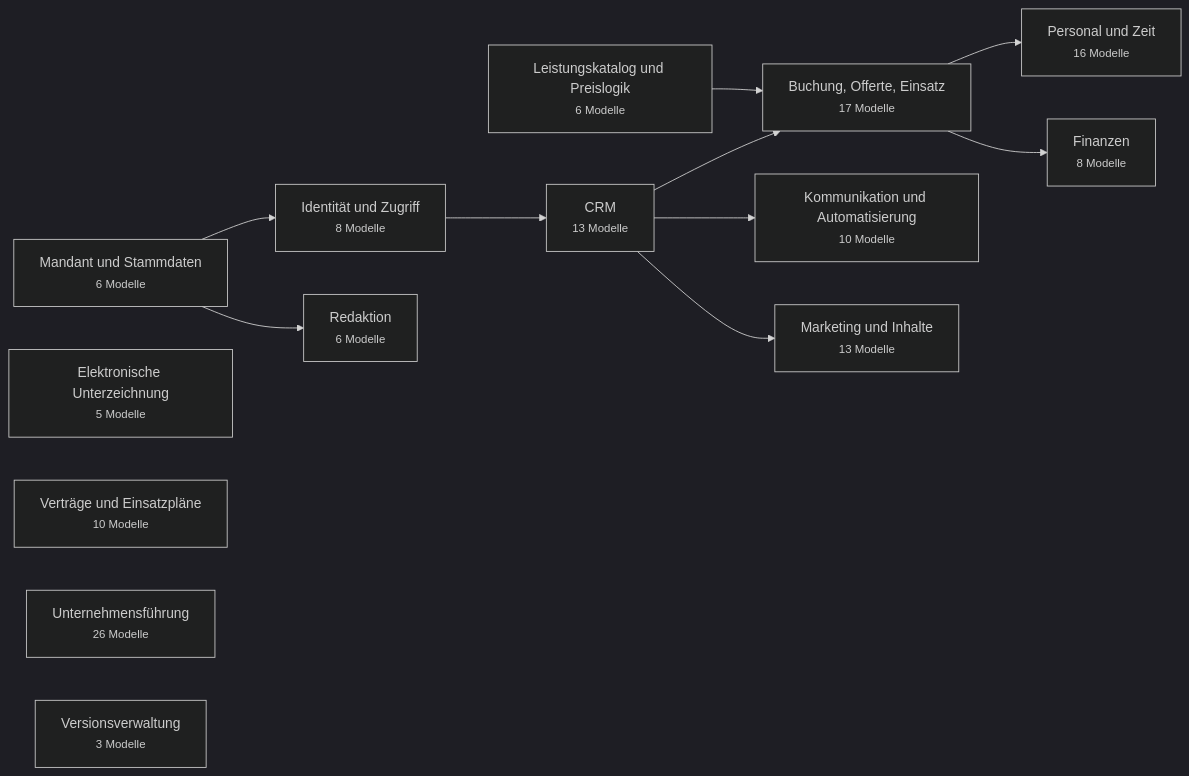
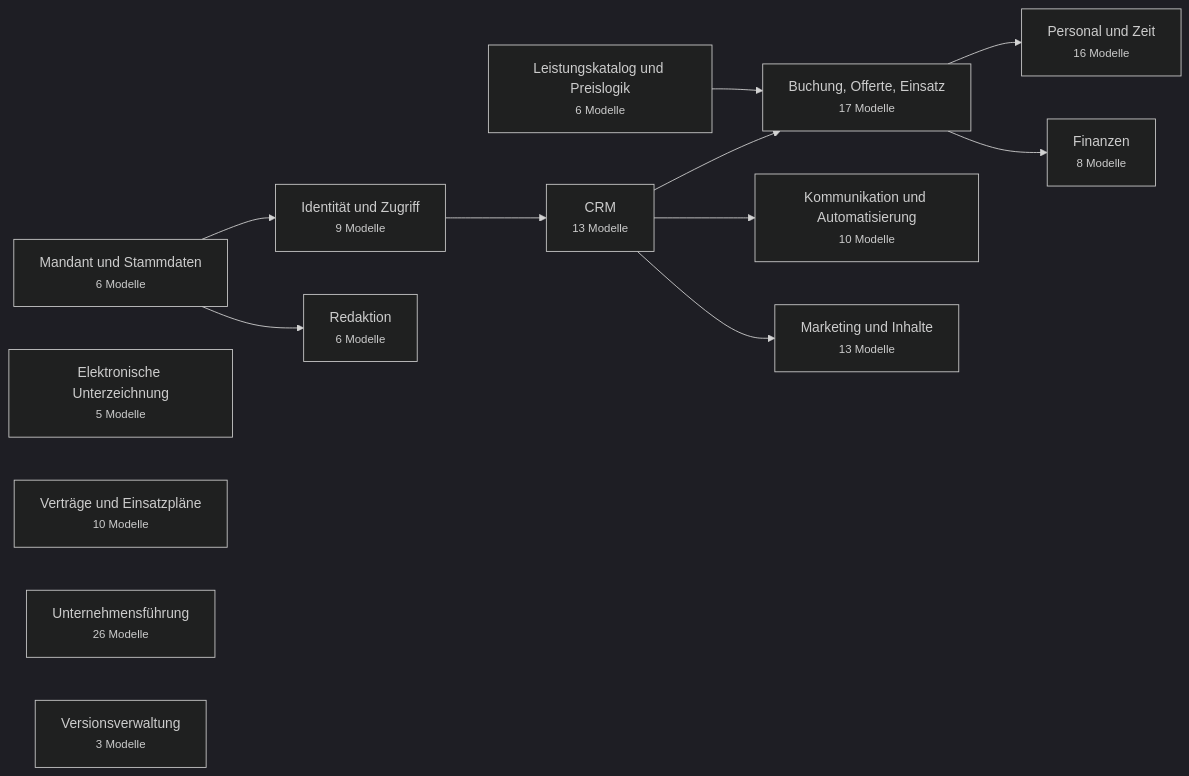
Before and after one commit to javadqasemi/Clenaris: the first of 15 diagrams in docs/DATABASE.md, drawn with Mermaid (dark theme). The commit also changed other lines of this file and 21 other files, not shown here.

````diff
--- a/docs/DATABASE.md
+++ b/docs/DATABASE.md
@@ -36,26 +36,26 @@
 ```mermaid
 flowchart LR
   stammdaten["Mandant und Stammdaten<br/><small>6 Modelle</small>"]
-  identitaet["Identität und Zugriff<br/><small>8 Modelle</small>"]
+  identitaet["Identität und Zugriff<br/><small>9 Modelle</small>"]
   signatur["Elektronische Unterzeichnung<br/><small>5 Modelle</small>"]
   crm["CRM<br/><small>13 Modelle</small>"]
   katalog["Leistungskatalog und Preislogik<br/><small>6 Modelle</small>"]
   auftrag["Buchung, Offerte, Einsatz<br/><small>17 Modelle</small>"]
   vertraege["Verträge und Einsatzpläne<br/><small>10 Modelle</small>"]
   personal["Personal und Zeit<br/><small>16 Modelle</small>"]
   finanzen["Finanzen<br/><small>8 Modelle</small>"]
   kommunikation["Kommunikation und Automatisierung<br/><small>10 Modelle</small>"]
   marketing["Marketing und Inhalte<br/><small>13 Modelle</small>"]
   redaktion["Redaktion<br/><small>6 Modelle</small>"]
   fuehrung["Unternehmensführung<br/><small>26 Modelle</small>"]
   versionen["Versionsverwaltung<br/><small>3 Modelle</small>"]
   stammdaten --> identitaet
   identitaet --> crm
   crm --> auftrag
   katalog --> auftrag
   auftrag --> personal
   auftrag --> finanzen
   crm --> kommunikation
   crm --> marketing
   stammdaten --> redaktion
 ```
````
